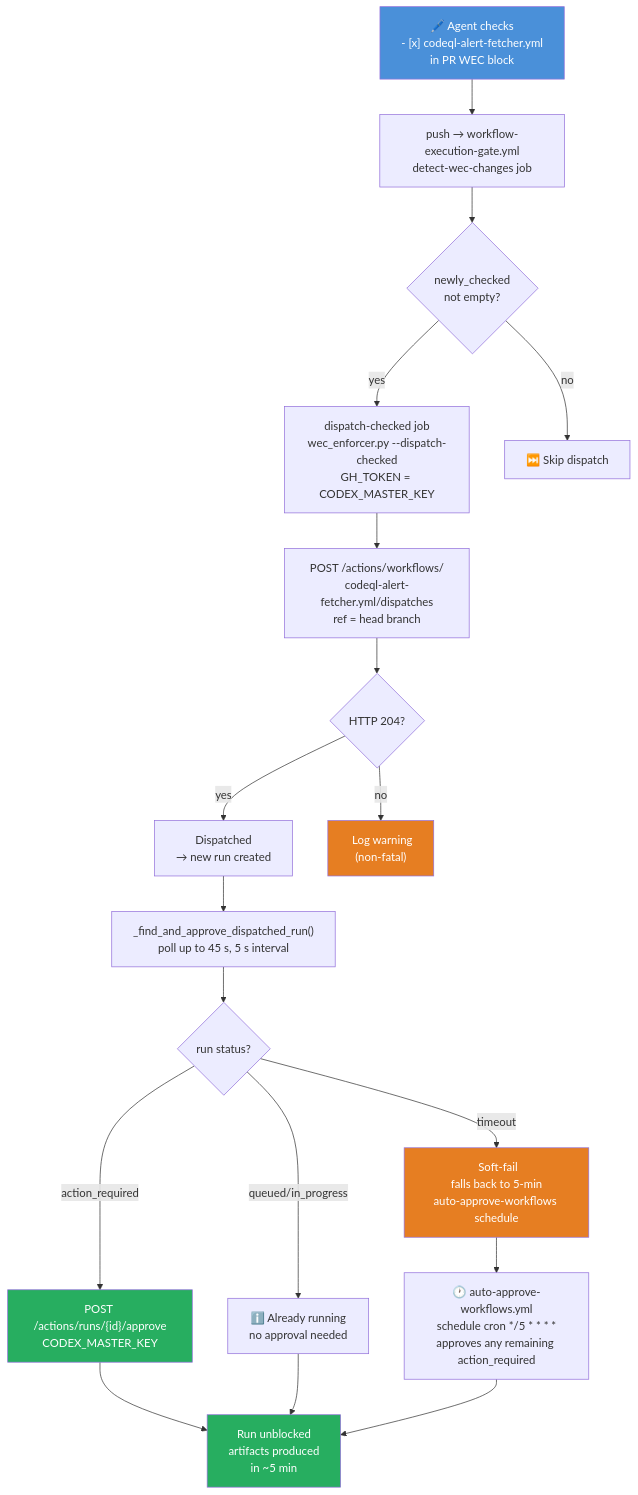
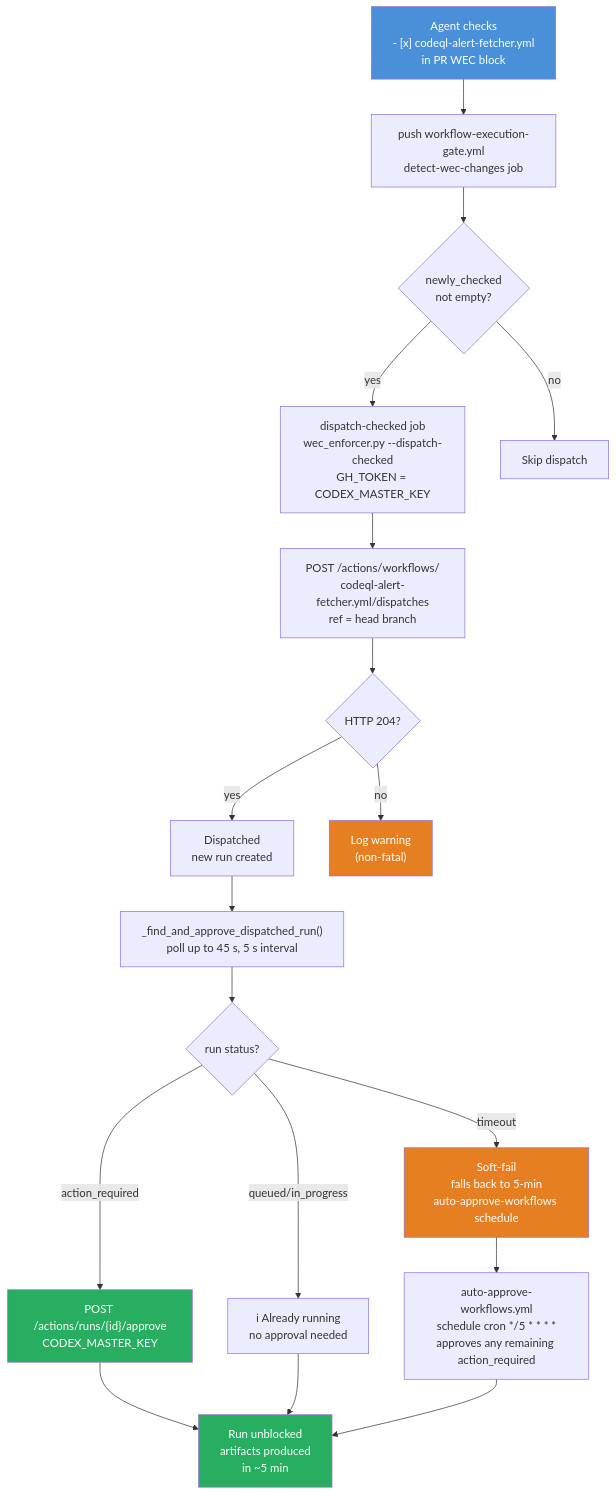
The third of 9 diagrams in docs/roadmap/PR4346_whats_next.md (Aries-Serpent/_codex_), drawn with Mermaid before and after one commit. The commit also changed other lines of this file and 4117 other files, not shown here.

````diff
--- a/docs/roadmap/PR4346_whats_next.md
+++ b/docs/roadmap/PR4346_whats_next.md
@@ -352,30 +364,45 @@
 ```mermaid
-%%{init: {'accessibility': {'title': 'Flowchart showing "🖊️ Agent checks\n- [x, "push → workflow-execution-gate.yml\ndetect-wec-changes job"'}}%%
+%%{init: {'accessibility': {'title': 'Flowchart showing " Agent checks\n- [x, "push workflow-execution-gate.yml\ndetect-wec-changes job"'}}%%
+
 flowchart TD
-    A["🖊️ Agent checks\n- [x] codeql-alert-fetcher.yml\nin PR WEC block"] --> B["push → workflow-execution-gate.yml\ndetect-wec-changes job"]
-    B --> C{newly_checked\nnot empty?}
-    C -- yes --> D["dispatch-checked job\nwec_enforcer.py --dispatch-checked\nGH_TOKEN = CODEX_MASTER_KEY"]
-    C -- no --> Z["⏭️ Skip dispatch"]
 
-    D --> E["POST /actions/workflows/\ncodeql-alert-fetcher.yml/dispatches\nref = head branch"]
-    E --> F{HTTP 204?}
-    F -- yes --> G[" Dispatched\n→ new run created"]
-    F -- no --> H["️ Log warning\n(non-fatal)"]
+ A[" Agent checks\n- [x] codeql-alert-fetcher.yml\nin PR WEC block"] --> B["push workflow-execution-gate.yml\ndetect-wec-changes job"]
 
-    G --> I["_find_and_approve_dispatched_run()\npoll up to 45 s, 5 s interval"]
-    I --> J{run status?}
-    J -- action_required --> K["POST /actions/runs/{id}/approve\nCODEX_MASTER_KEY"]
-    J -- queued/in_progress --> L["ℹ️ Already running\nno approval needed"]
-    J -- timeout --> M["️ Soft-fail\nfalls back to 5-min\nauto-approve-workflows schedule"]
+ B --> C{newly_checked\nnot empty?}
 
-    K --> N[" Run unblocked\nartifacts produced\nin ~5 min"]
-    L --> N
-    M --> O["🕐 auto-approve-workflows.yml\nschedule cron */5 * * * *\napproves any remaining action_required"]
-    O --> N
+ C -- yes --> D["dispatch-checked job\nwec_enforcer.py --dispatch-checked\nGH_TOKEN = CODEX_MASTER_KEY"]
 
-    style A fill:#4a90d9,color:#fff
-    style N fill:#27ae60,color:#fff
-    style K fill:#27ae60,color:#fff
-    style H fill:#e67e22,color:#fff
-    style M fill:#e67e22,color:#fff
+ C -- no --> Z[" Skip dispatch"]
+
+ D --> E["POST /actions/workflows/\ncodeql-alert-fetcher.yml/dispatches\nref = head branch"]
+
+ E --> F{HTTP 204?}
+
+ F -- yes --> G[" Dispatched\n new run created"]
+
+ F -- no --> H[" Log warning\n(non-fatal)"]
+
+ G --> I["_find_and_approve_dispatched_run()\npoll up to 45 s, 5 s interval"]
+
+ I --> J{run status?}
+
+ J -- action_required --> K["POST /actions/runs/{id}/approve\nCODEX_MASTER_KEY"]
+
+ J -- queued/in_progress --> L["ℹ Already running\nno approval needed"]
+
+ J -- timeout --> M[" Soft-fail\nfalls back to 5-min\nauto-approve-workflows schedule"]
+
+ K --> N[" Run unblocked\nartifacts produced\nin ~5 min"]
+
+ L --> N
+
+ M --> O[" auto-approve-workflows.yml\nschedule cron */5 * * * *\napproves any remaining action_required"]
+
+ O --> N
+
+ style A fill:#4a90d9,color:#fff
+ style N fill:#27ae60,color:#fff
+ style K fill:#27ae60,color:#fff
+ style H fill:#e67e22,color:#fff
+ style M fill:#e67e22,color:#fff
 ```
````
